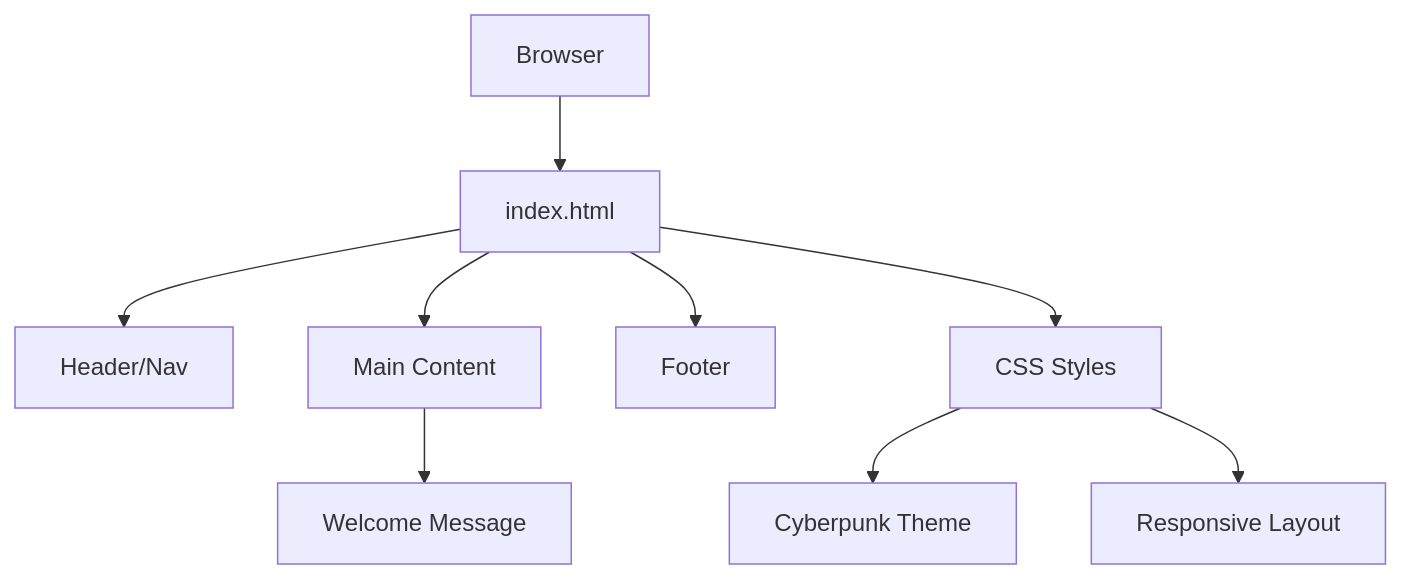
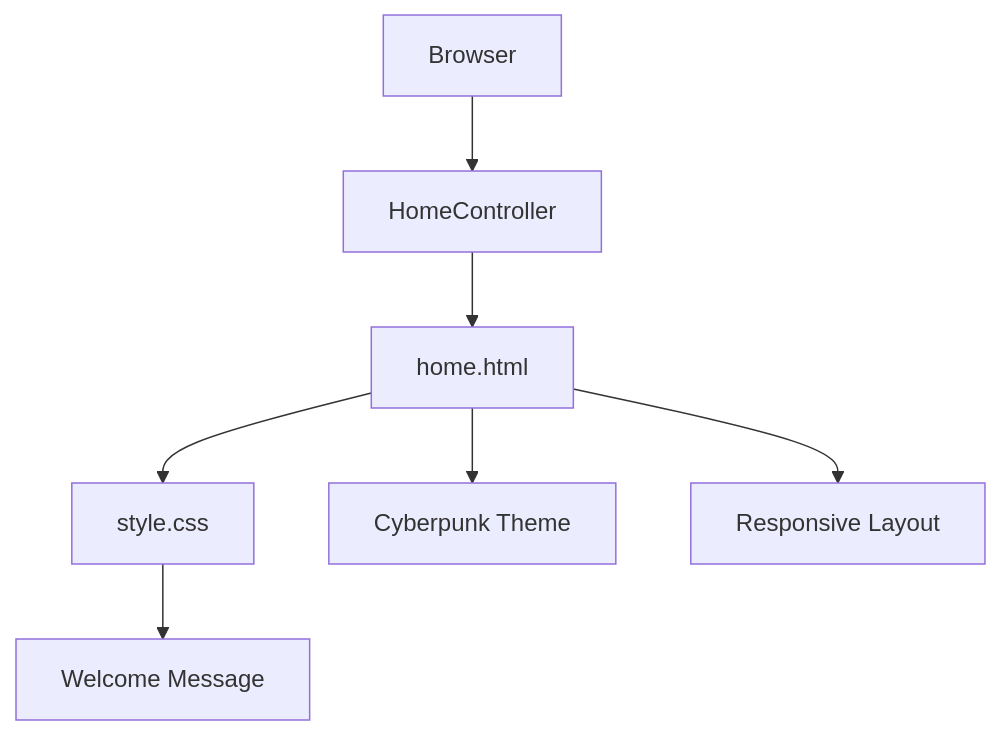
Before and after one commit to bonggalshn/project_colossus: the first of 2 diagrams in specs/003-home-page-html/plan.md, drawn with Mermaid. The commit also changed other lines of this file and 2 other files, not shown here.

Commit message:
feat: Update constitution and documentation for module organization; refine home page implementation plan and tasks

````diff
--- a/specs/003-home-page-html/plan.md
+++ b/specs/003-home-page-html/plan.md
@@ -68,11 +67,9 @@
 ```mermaid
 graph TD
-    Browser[Browser] --> index[index.html]
-    index --> header[Header/Nav]
-    index --> main[Main Content]
-    index --> footer[Footer]
-    index --> style_[CSS Styles]
-    style_ --> theme[Cyberpunk Theme]
-    style_ --> responsive[Responsive Layout]
-    main --> welcome[Welcome Message]
+    Browser[Browser] --> HomeController[HomeController]
+    HomeController --> home[home.html]
+    home --> css[style.css]
+    home --> theme[Cyberpunk Theme]
+    home --> responsive[Responsive Layout]
+    css --> welcome[Welcome Message]
 ```
````
